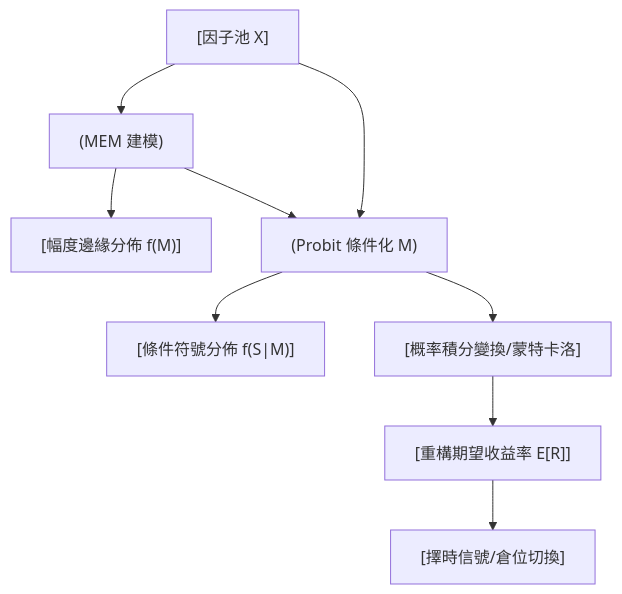
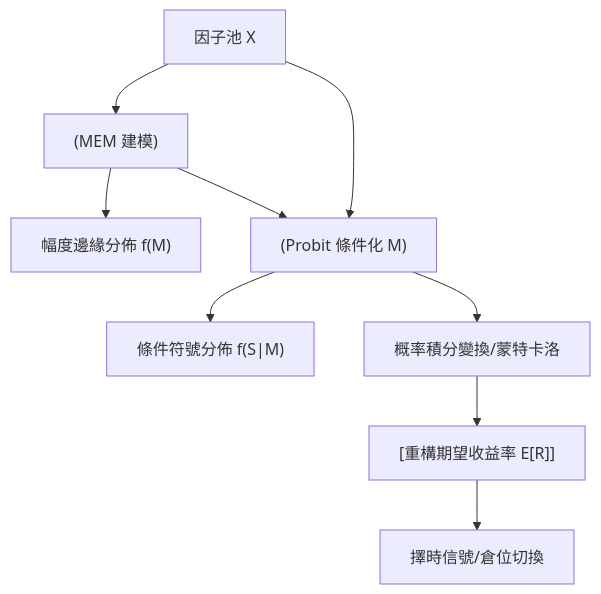
The diagram in foundations/time-series-forecasting/csm.md (sou350121/Trading-Handbook), drawn with Mermaid before and after one commit. The commit also changed other lines of this file and 191 other files, not shown here.

First line of the commit message:
render: fix math + mermaid for GitHub across the corpus (188 pages)

````diff
--- a/foundations/time-series-forecasting/csm.md
+++ b/foundations/time-series-forecasting/csm.md
@@ -33,11 +33,11 @@
 ```mermaid
 flowchart TD
-    A["[因子池 X]"] --> B["(MEM 建模)"]
-    B --> C["[幅度邊緣分佈 f(M)]"]
+    A["因子池 X"] --> B["(MEM 建模)"]
+    B --> C["幅度邊緣分佈 f(M)"]
     B --> D["(Probit 條件化 M)"]
     A --> D
-    D --> E["[條件符號分佈 f(S|M)]"]
-    D --> F["[概率積分變換/蒙特卡洛]"]
+    D --> E["條件符號分佈 f(S|M)"]
+    D --> F["概率積分變換/蒙特卡洛"]
     F --> G["[重構期望收益率 E[R]]"]
-    G --> H["[擇時信號/倉位切換]"]
+    G --> H["擇時信號/倉位切換"]
 ```
````
